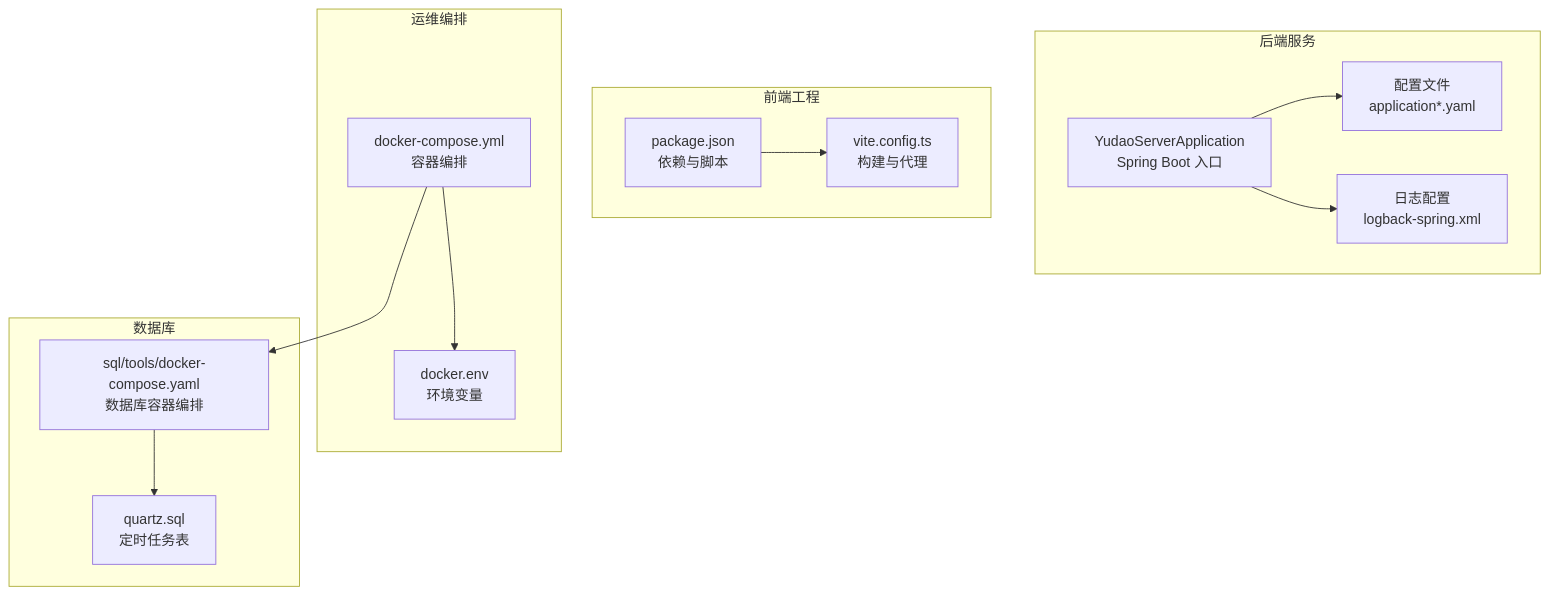
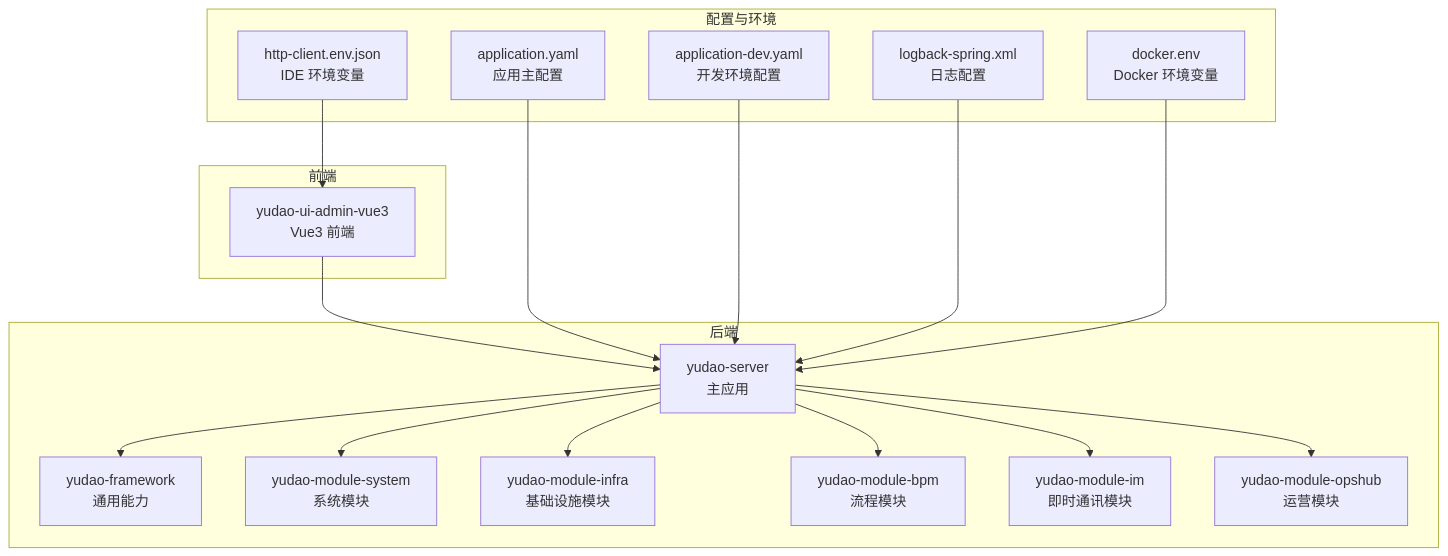
One commit to xiaoche80s-tech/rouyi-vue-pro changed the first of 3 diagrams in .qoder/repowiki/zh/content/故障排查/故障排查.md. Above: the diagram before and after it, drawn with Mermaid. The commit also changed other lines of this file and 840 other files, not shown here.

````diff
--- a/.qoder/repowiki/zh/content/故障排查/故障排查.md
+++ b/.qoder/repowiki/zh/content/故障排查/故障排查.md
@@ -47,26 +35,34 @@
 ```mermaid
 graph TB
-subgraph "后端服务"
-A["YudaoServerApplication<br/>Spring Boot 入口"]
-B["配置文件<br/>application*.yaml"]
-C["日志配置<br/>logback-spring.xml"]
+subgraph "后端"
+A["yudao-server<br/>主应用"]
+B["yudao-framework<br/>通用能力"]
+C["yudao-module-system<br/>系统模块"]
+D["yudao-module-infra<br/>基础设施模块"]
+E["yudao-module-bpm<br/>流程模块"]
+F["yudao-module-im<br/>即时通讯模块"]
+G["yudao-module-opshub<br/>运营模块"]
 end
-subgraph "前端工程"
-D["package.json<br/>依赖与脚本"]
-E["vite.config.ts<br/>构建与代理"]
+subgraph "前端"
+H["yudao-ui-admin-vue3<br/>Vue3 前端"]
 end
-subgraph "运维编排"
-F["docker-compose.yml<br/>容器编排"]
-G["docker.env<br/>环境变量"]
-end
-subgraph "数据库"
-H["quartz.sql<br/>定时任务表"]
-I["sql/tools/docker-compose.yaml<br/>数据库容器编排"]
+subgraph "配置与环境"
+I["application.yaml<br/>应用主配置"]
+J["application-dev.yaml<br/>开发环境配置"]
+K["logback-spring.xml<br/>日志配置"]
+L["docker.env<br/>Docker 环境变量"]
+M["http-client.env.json<br/>IDE 环境变量"]
 end
 A --> B
 A --> C
-D --> E
-F --> G
-F --> I
-I --> H
+A --> D
+A --> E
+A --> F
+A --> G
+H --> A
+I --> A
+J --> A
+K --> A
+L --> A
+M --> H
 ```
````
